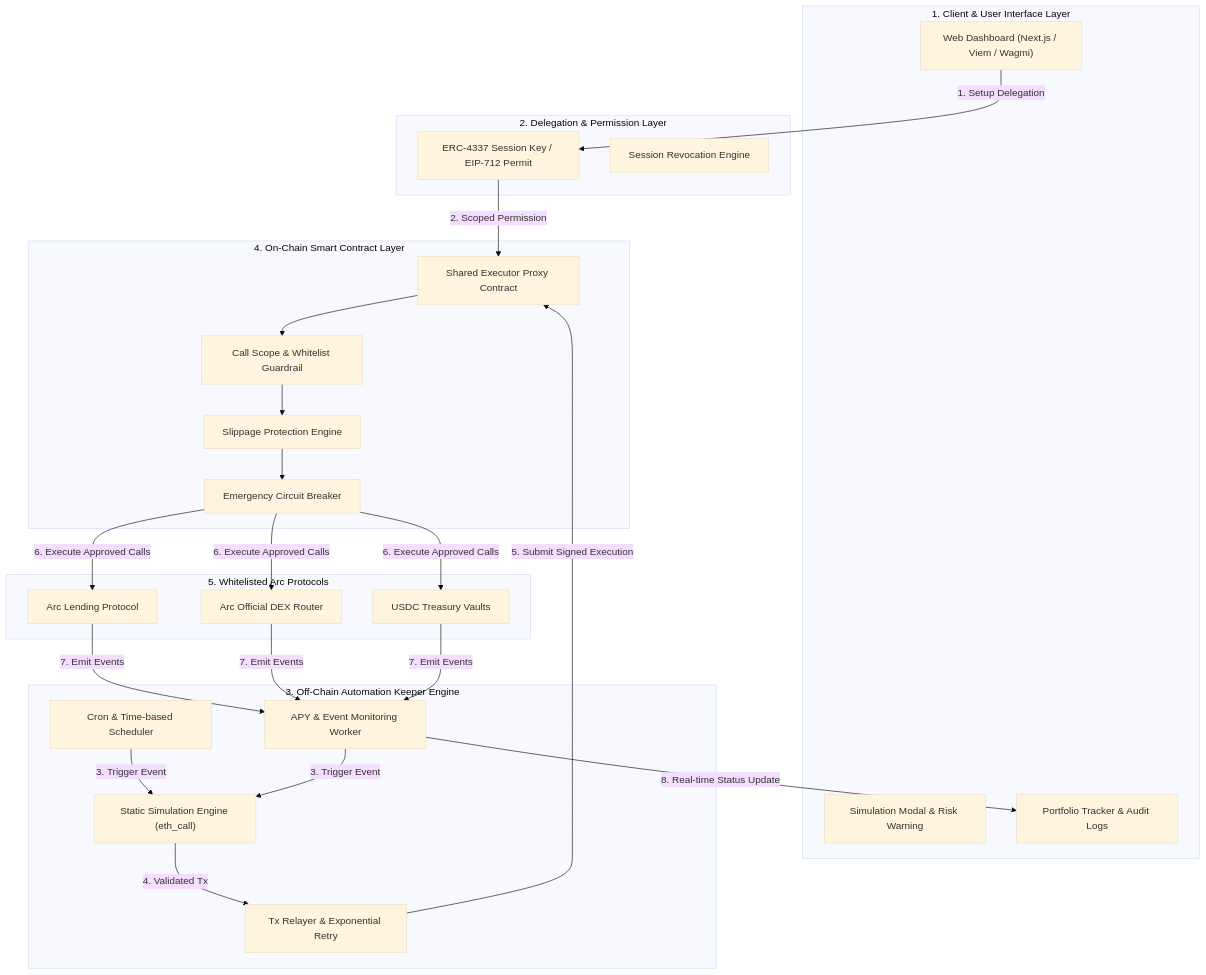
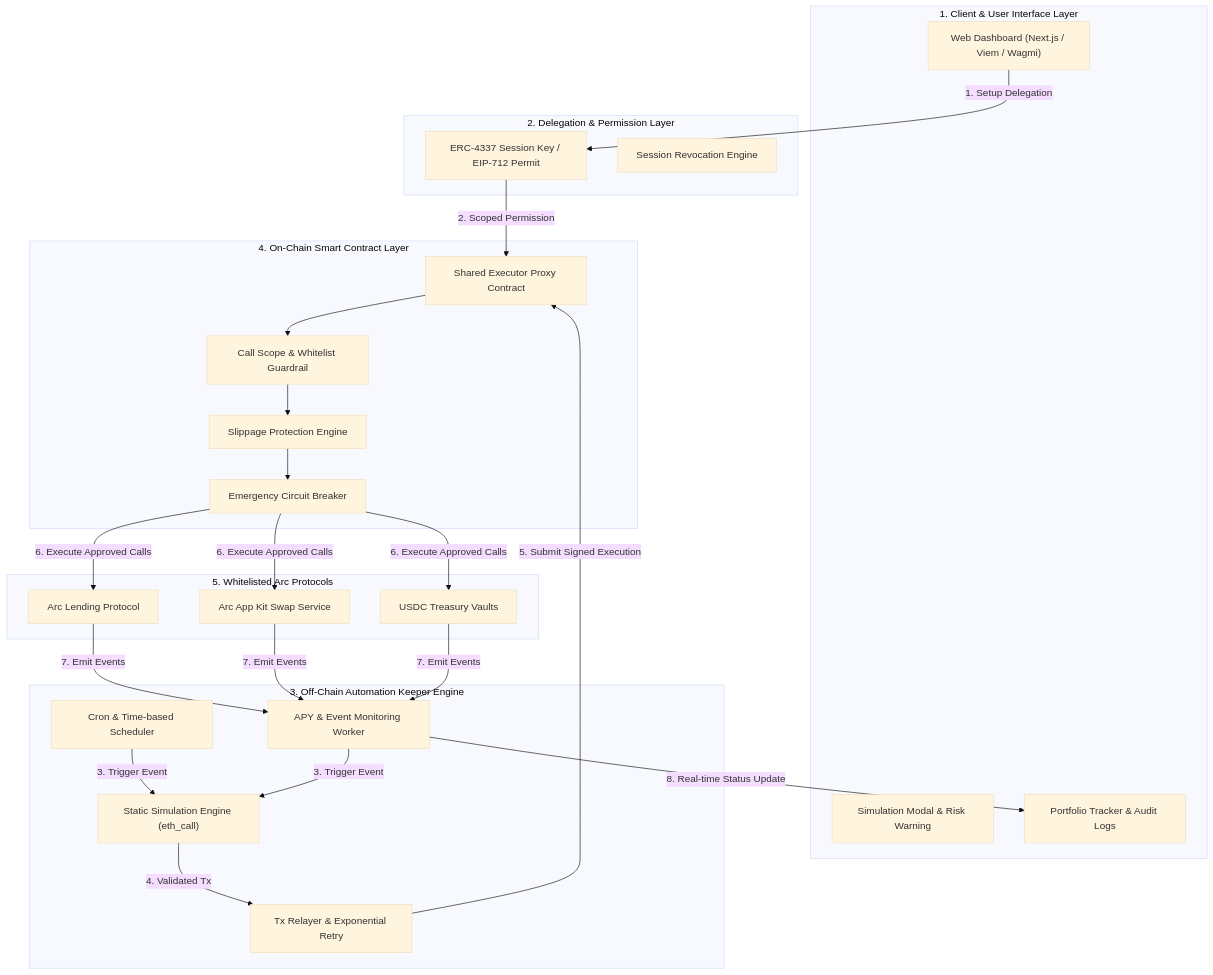
One commit to levantuy/DeFiRecipesonArc changed the first of 5 diagrams in docs/features-spec.md. Above: the diagram before and after it, drawn with Mermaid (base theme). The commit also changed other lines of this file and 40 other files, not shown here.

First line of the commit message:
Migrate keeper DB layer and App Kit DCA

````diff
--- a/docs/features-spec.md
+++ b/docs/features-spec.md
@@ -33,45 +35,45 @@
 ```mermaid
 graph TD
     subgraph ClientLayer ["1. Client & User Interface Layer"]
         UI["Web Dashboard (Next.js / Viem / Wagmi)"]
         SIM_UI["Simulation Modal & Risk Warning"]
         DASH["Portfolio Tracker & Audit Logs"]
     end
 
     subgraph AuthLayer ["2. Delegation & Permission Layer"]
         SK["ERC-4337 Session Key / EIP-712 Permit"]
         REVOCATION["Session Revocation Engine"]
     end
 
     subgraph OffChainLayer ["3. Off-Chain Automation Keeper Engine"]
         CRON["Cron & Time-based Scheduler"]
         MONITOR["APY & Event Monitoring Worker"]
         SIM_ENG["Static Simulation Engine (eth_call)"]
         RELAYER["Tx Relayer & Exponential Retry"]
     end
 
     subgraph OnChainLayer ["4. On-Chain Smart Contract Layer"]
         EXECUTOR["Shared Executor Proxy Contract"]
         GUARD["Call Scope & Whitelist Guardrail"]
         SLIPPAGE["Slippage Protection Engine"]
         PAUSE["Emergency Circuit Breaker"]
     end
 
     subgraph ProtocolLayer ["5. Whitelisted Arc Protocols"]
         LENDING["Arc Lending Protocol"]
-        DEX["Arc Official DEX Router"]
+      SWAP["Arc App Kit Swap Service"]
         VAULT["USDC Treasury Vaults"]
     end
 
     UI -->|1. Setup Delegation| SK
     SK -->|2. Scoped Permission| EXECUTOR
     CRON & MONITOR -->|3. Trigger Event| SIM_ENG
     SIM_ENG -->|4. Validated Tx| RELAYER
     RELAYER -->|5. Submit Signed Execution| EXECUTOR
     EXECUTOR --> GUARD
     GUARD --> SLIPPAGE
     SLIPPAGE --> PAUSE
-    PAUSE -->|6. Execute Approved Calls| LENDING & DEX & VAULT
-    LENDING & DEX & VAULT -->|7. Emit Events| MONITOR
+    PAUSE -->|6. Execute Approved Calls| LENDING & SWAP & VAULT
+    LENDING & SWAP & VAULT -->|7. Emit Events| MONITOR
     MONITOR -->|8. Real-time Status Update| DASH
 ```
````
